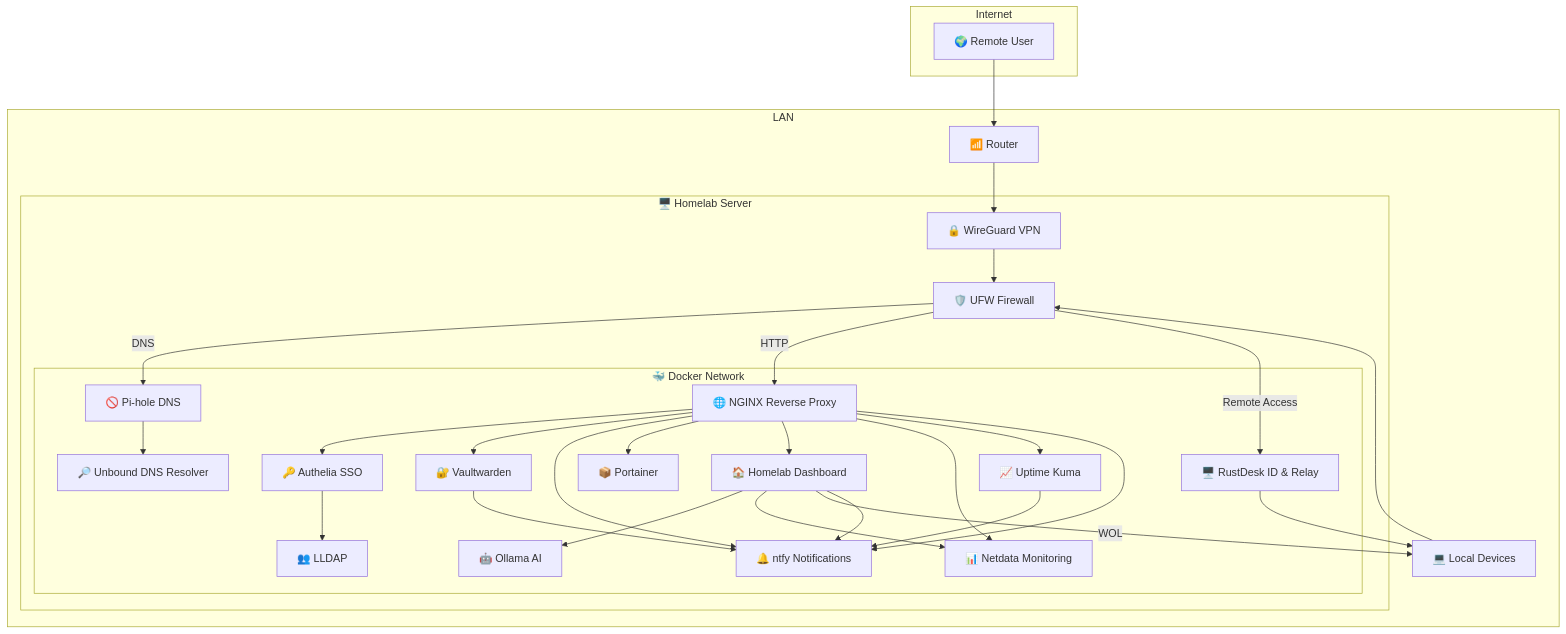
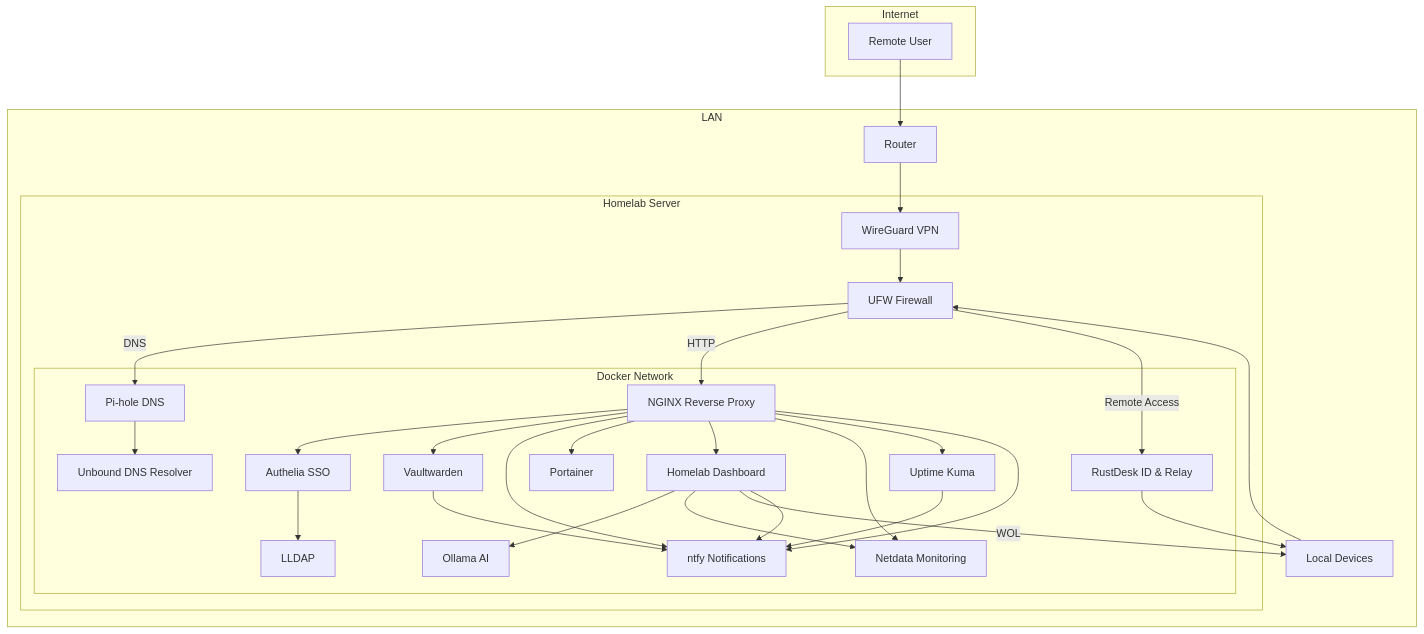
Before and after one commit to satsinush/homelab: the diagram in README.md, drawn with Mermaid.

Commit message:
Removed emojis from graph

````diff
--- a/README.md
+++ b/README.md
@@ -54,50 +54,50 @@
 ```mermaid
 graph TD
     subgraph Internet
-        RemoteClient[🌍 Remote User]
+        RemoteClient[Remote User]
     end
     subgraph LAN
-        Router[📶 Router]
-        LocalClient[💻 Local Devices]
-        subgraph Server[🖥️ Homelab Server]
-            WireGuard[🔒 WireGuard VPN]
-            UFW[🛡️ UFW Firewall]
-            subgraph Docker[🐳 Docker Network]
-                Nginx[🌐 NGINX Reverse Proxy]
-                Authelia[🔑 Authelia SSO]
-                Vaultwarden[🔐 Vaultwarden]
-                Portainer[📦 Portainer]
-                Dashboard[🏠 Homelab Dashboard]
-                Ollama[🤖 Ollama AI]
-                Netdata[📊 Netdata Monitoring]
-                UptimeKuma[📈 Uptime Kuma]
-                Ntfy[🔔 ntfy Notifications]
-                LLDAP[👥 LLDAP]
-                Pihole[🚫 Pi-hole DNS]
-                Unbound[🔎 Unbound DNS Resolver]
-                Rustdesk[🖥️ RustDesk ID & Relay]
+        Router[Router]
+        LocalClient[Local Devices]
+        subgraph Server[Homelab Server]
+            WireGuard[WireGuard VPN]
+            UFW[UFW Firewall]
+            subgraph Docker[Docker Network]
+                Nginx[NGINX Reverse Proxy]
+                Authelia[Authelia SSO]
+                Vaultwarden[Vaultwarden]
+                Portainer[Portainer]
+                Dashboard[Homelab Dashboard]
+                Ollama[Ollama AI]
+                Netdata[Netdata Monitoring]
+                UptimeKuma[Uptime Kuma]
+                Ntfy[ntfy Notifications]
+                LLDAP[LLDAP]
+                Pihole[Pi-hole DNS]
+                Unbound[Unbound DNS Resolver]
+                Rustdesk[RustDesk ID & Relay]
             end
         end
     end
     RemoteClient --> Router --> WireGuard --> UFW
     LocalClient --> UFW
     Pihole --> Unbound
     UFW -->|DNS| Pihole
     UFW -->|HTTP| Nginx
     UFW -->|Remote Access| Rustdesk --> LocalClient
     Nginx --> Authelia
     Nginx --> Vaultwarden
     Nginx --> Ntfy
     Nginx --> Portainer
     Nginx --> Dashboard
     Nginx --> Netdata
     Nginx --> UptimeKuma
     Nginx --> Ntfy
     Authelia --> LLDAP
     Dashboard --> Ollama
     Dashboard --> Netdata
     Dashboard -->|WOL| LocalClient
     Dashboard --> Ntfy
     UptimeKuma --> Ntfy
     Vaultwarden --> Ntfy
 ```
````
